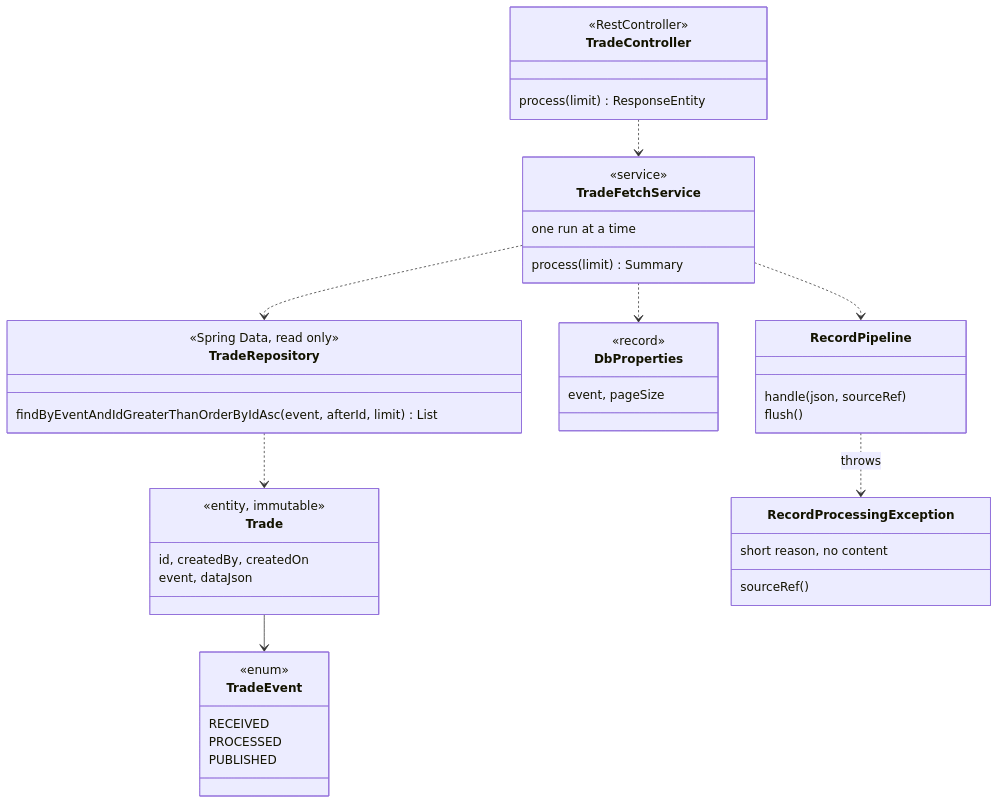
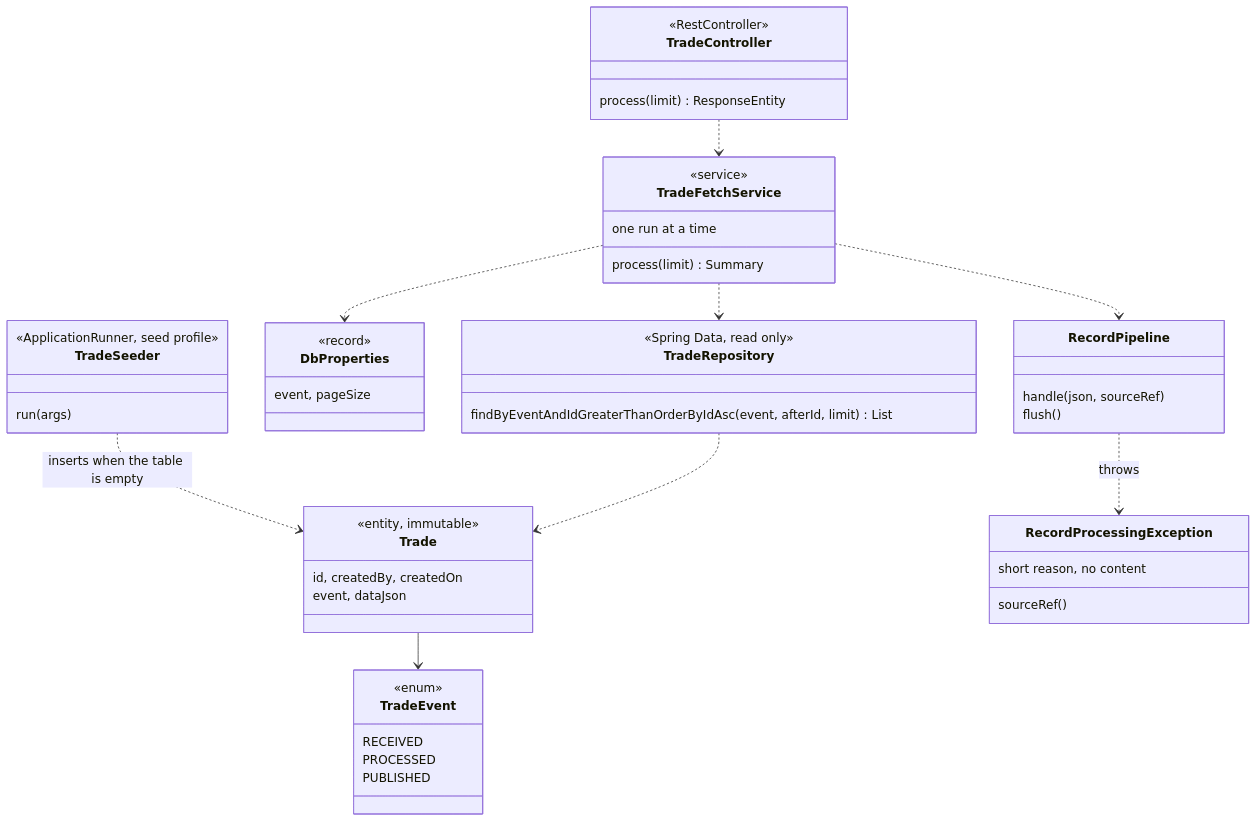
Before and after one commit to shanregs/msg-transformer: the fifth of 13 diagrams in docs/c4-architecture.md, drawn with Mermaid. The commit also changed other lines of this file and 14 other files, not shown here.

First line of the commit message:
Add a trade seeder; move TradeFetchService to the service package

````diff
--- a/docs/c4-architecture.md
+++ b/docs/c4-architecture.md
@@ -168,47 +170,52 @@
 ```mermaid
 classDiagram
     class TradeController {
         <<RestController>>
         process(limit) ResponseEntity
     }
     class TradeFetchService {
         <<service>>
         process(limit) Summary
         one run at a time
     }
     class TradeRepository {
         <<Spring Data, read only>>
         findByEventAndIdGreaterThanOrderByIdAsc(event, afterId, limit) List
     }
     class Trade {
         <<entity, immutable>>
         id, createdBy, createdOn
         event, dataJson
     }
     class TradeEvent {
         <<enum>>
         RECEIVED
         PROCESSED
         PUBLISHED
     }
     class DbProperties {
         <<record>>
         event, pageSize
     }
+    class TradeSeeder {
+        <<ApplicationRunner, seed profile>>
+        run(args)
+    }
     class RecordPipeline {
         handle(json, sourceRef)
         flush()
     }
     class RecordProcessingException {
         sourceRef()
         short reason, no content
     }
 
     TradeController ..> TradeFetchService
     TradeFetchService ..> TradeRepository
     TradeFetchService ..> DbProperties
+    TradeSeeder ..> Trade : inserts when the table is empty
     TradeFetchService ..> RecordPipeline
     TradeRepository ..> Trade
     Trade --> TradeEvent
     RecordPipeline ..> RecordProcessingException : throws
 ```
````
